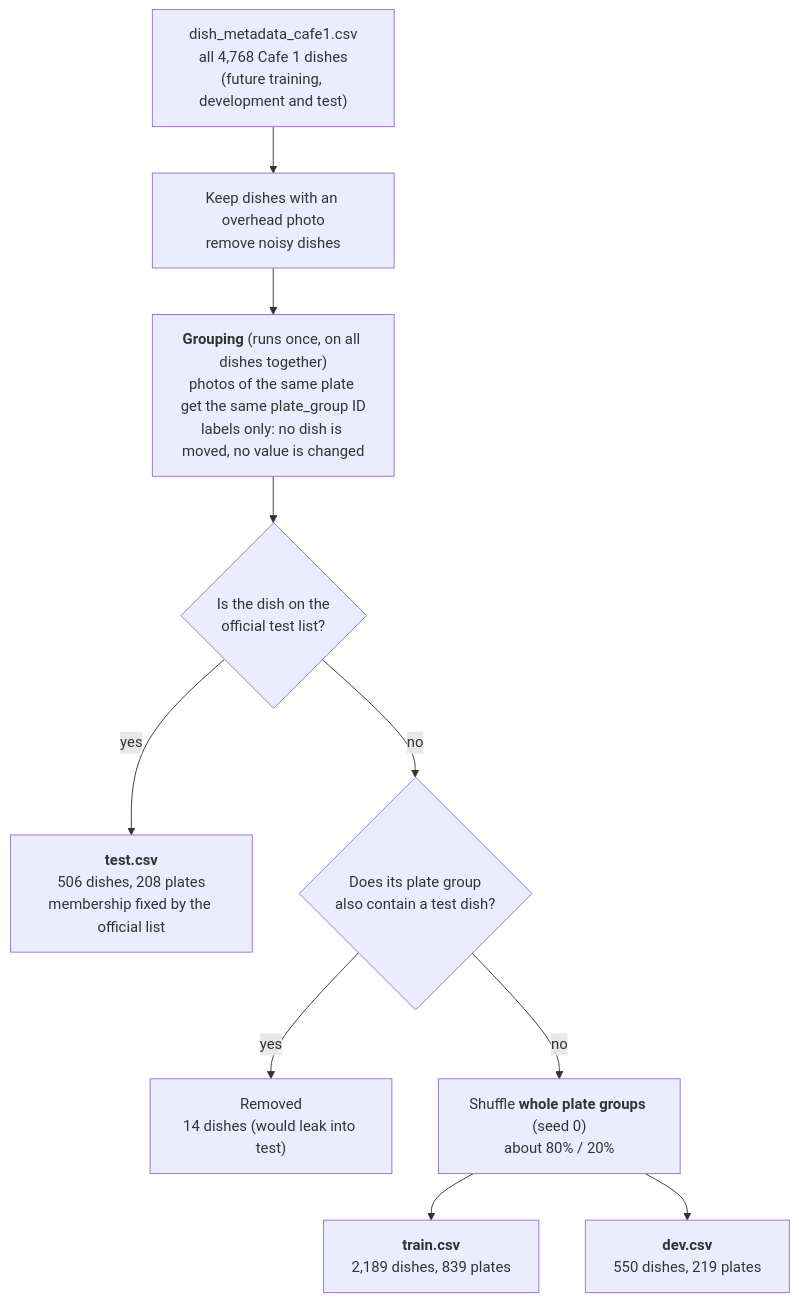
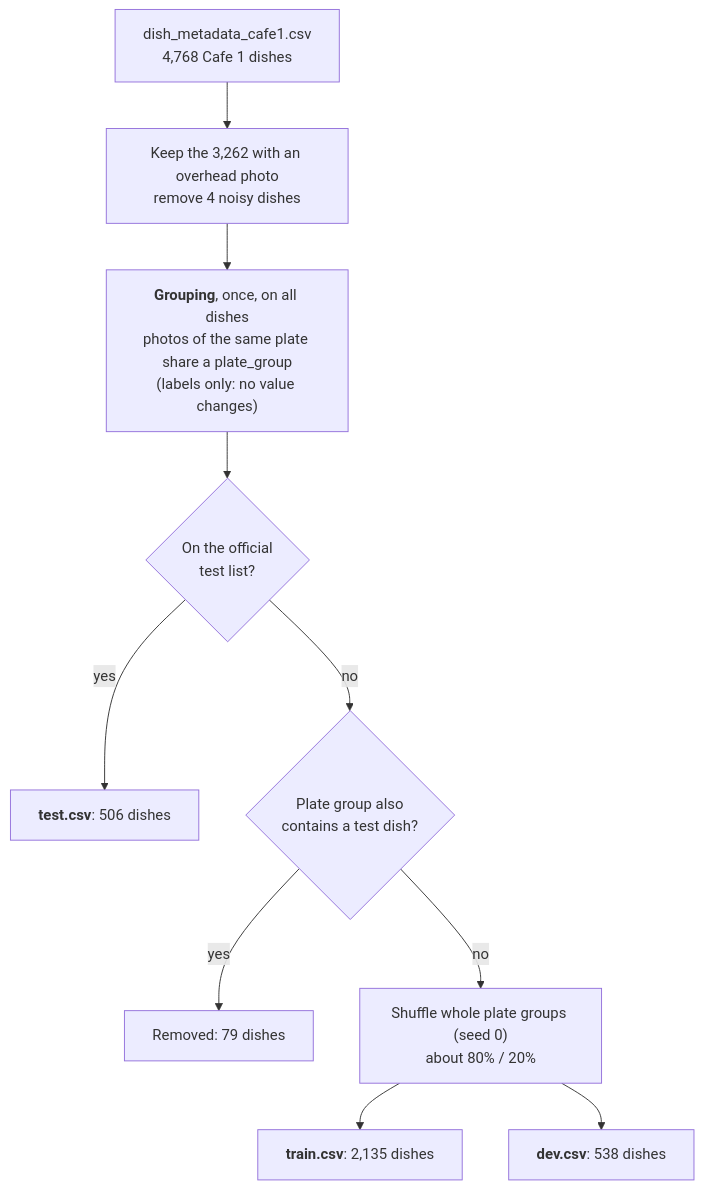
One commit to xychen5165/ECE539-Grp5-FoodNutritionEst changed the diagram in data/splits/README.md. Above: the diagram before and after it, drawn with Mermaid. The commit also changed other lines of this file and 14 other files, not shown here.

Commit message:
Combine plate grouping with calorie-lens groups and add photo download

````diff
--- a/data/splits/README.md
+++ b/data/splits/README.md
@@ -21,12 +13,12 @@
 ```mermaid
 flowchart TD
-    A["dish_metadata_cafe1.csv<br/>all 4,768 Cafe 1 dishes<br/>(future training, development and test)"] --> B["Keep dishes with an overhead photo<br/>remove noisy dishes"]
-    B --> C["<b>Grouping</b> (runs once, on all dishes together)<br/>photos of the same plate get the same plate_group ID<br/>labels only: no dish is moved, no value is changed"]
-    C --> D{"Is the dish on the<br/>official test list?"}
-    D -- "yes" --> T["<b>test.csv</b><br/>506 dishes, 208 plates<br/>membership fixed by the official list"]
-    D -- "no" --> E{"Does its plate group<br/>also contain a test dish?"}
-    E -- "yes" --> X["Removed<br/>14 dishes (would leak into test)"]
-    E -- "no" --> F["Shuffle <b>whole plate groups</b> (seed 0)<br/>about 80% / 20%"]
-    F --> TR["<b>train.csv</b><br/>2,189 dishes, 839 plates"]
-    F --> DV["<b>dev.csv</b><br/>550 dishes, 219 plates"]
+    A["dish_metadata_cafe1.csv<br/>4,768 Cafe 1 dishes"] --> B["Keep the 3,262 with an overhead photo<br/>remove 4 noisy dishes"]
+    B --> C["<b>Grouping</b>, once, on all dishes<br/>photos of the same plate share a plate_group<br/>(labels only: no value changes)"]
+    C --> D{"On the official<br/>test list?"}
+    D -- "yes" --> T["<b>test.csv</b>: 506 dishes"]
+    D -- "no" --> E{"Plate group also<br/>contains a test dish?"}
+    E -- "yes" --> X["Removed: 79 dishes"]
+    E -- "no" --> F["Shuffle whole plate groups (seed 0)<br/>about 80% / 20%"]
+    F --> TR["<b>train.csv</b>: 2,135 dishes"]
+    F --> DV["<b>dev.csv</b>: 538 dishes"]
 ```
````
